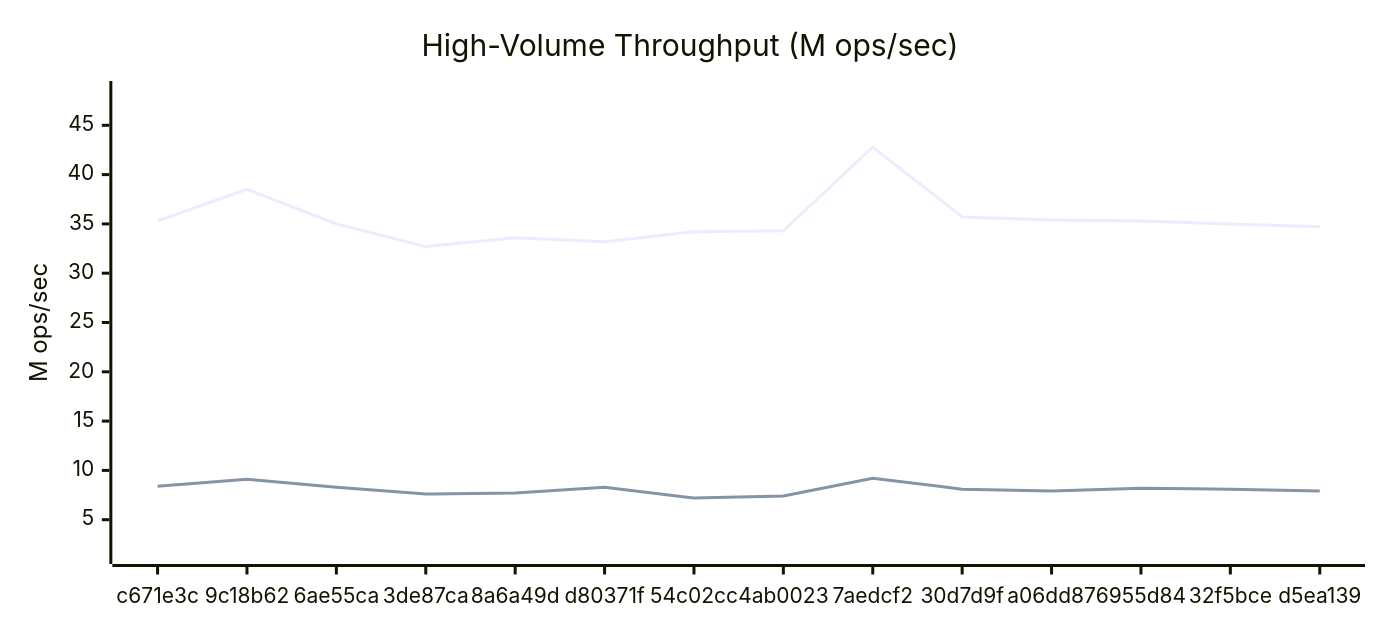
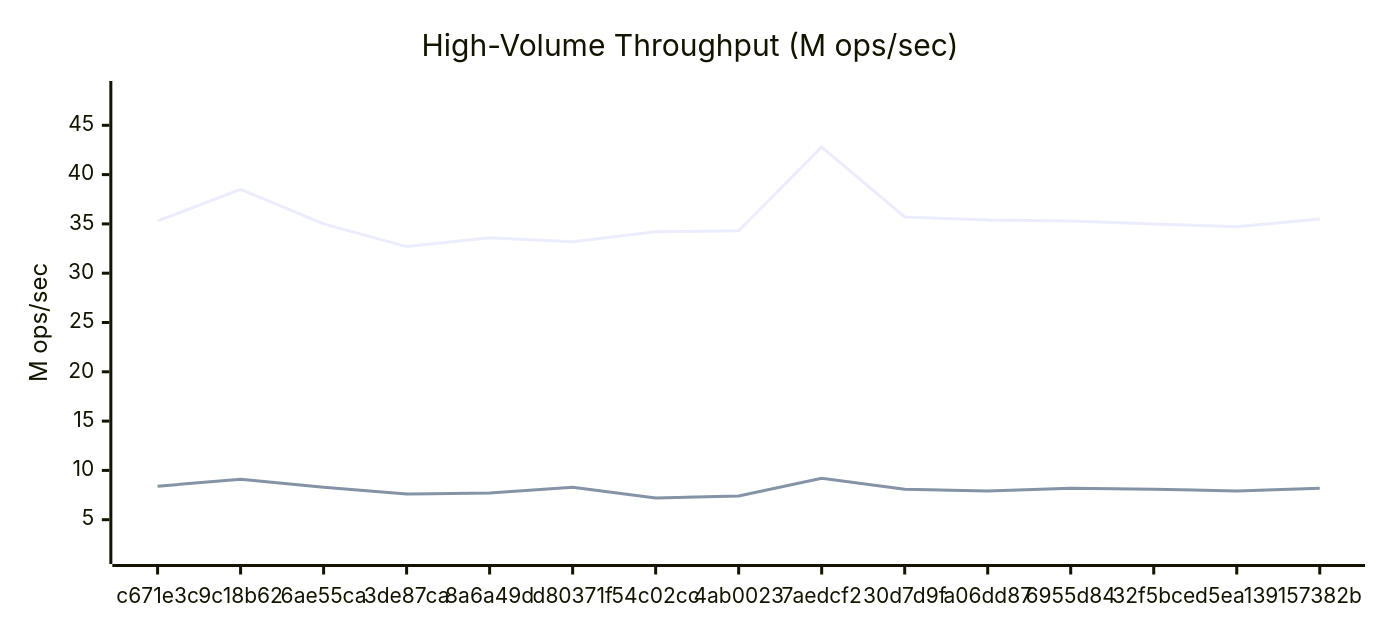
One commit to Ikolvi/titan changed the fifth of 6 diagrams in docs/BENCHMARKS.md. Above: the diagram before and after it, drawn with Mermaid. The commit also changed other lines of this file, not shown here.

````diff
--- a/docs/BENCHMARKS.md
+++ b/docs/BENCHMARKS.md
@@ -176,15 +185,15 @@
 ```mermaid
 ---
 config:
     xyChart:
         width: 900
         height: 400
         plotColorPalette: "#4e79a7, #f28e2c, #e15759, #76b7b2, #59a14f, #edc949"
 ---
 xychart-beta
     title "High-Volume Throughput (M ops/sec)"
-    x-axis ["c671e3c", "9c18b62", "6ae55ca", "3de87ca", "8a6a49d", "d80371f", "54c02cc", "4ab0023", "7aedcf2", "30d7d9f", "a06dd87", "6955d84", "32f5bce", "d5ea139"]
+    x-axis ["c671e3c", "9c18b62", "6ae55ca", "3de87ca", "8a6a49d", "d80371f", "54c02cc", "4ab0023", "7aedcf2", "30d7d9f", "a06dd87", "6955d84", "32f5bce", "d5ea139", "157382b"]
     y-axis "M ops/sec" 1.8 --> 48.2
-    line [35.3, 38.5, 35.0, 32.7, 33.6, 33.2, 34.2, 34.3, 42.8, 35.7, 35.4, 35.3, 35.0, 34.7]
-    line [8.4, 9.1, 8.3, 7.6, 7.7, 8.3, 7.2, 7.4, 9.2, 8.1, 7.9, 8.2, 8.1, 7.9]
+    line [35.3, 38.5, 35.0, 32.7, 33.6, 33.2, 34.2, 34.3, 42.8, 35.7, 35.4, 35.3, 35.0, 34.7, 35.5]
+    line [8.4, 9.1, 8.3, 7.6, 7.7, 8.3, 7.2, 7.4, 9.2, 8.1, 7.9, 8.2, 8.1, 7.9, 8.2]
 ```
````
